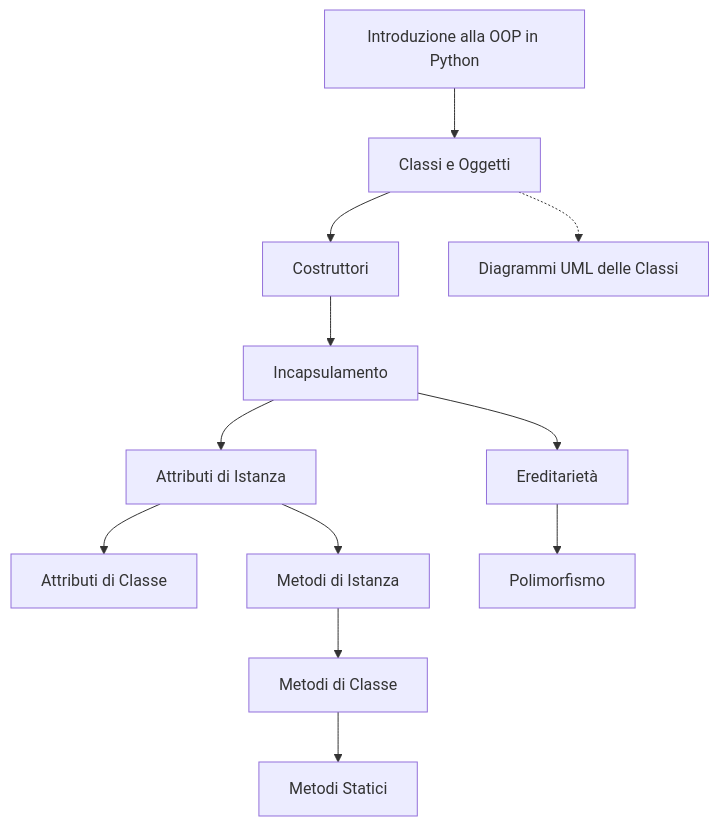
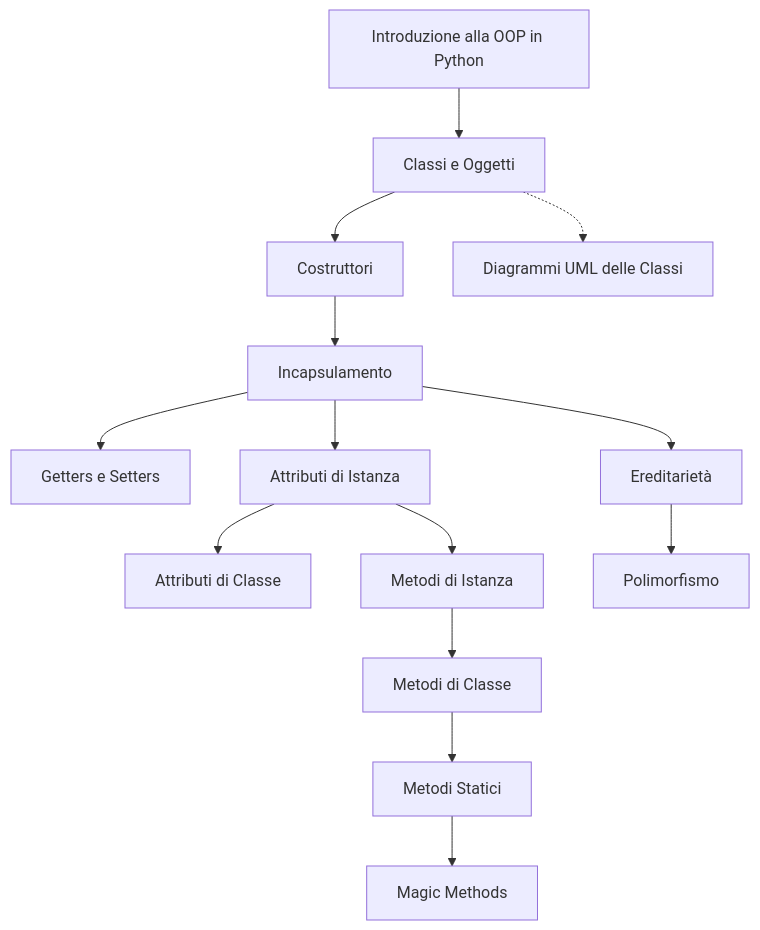
One commit to angelogalantiscuola/IT changed the diagram in oop/percorso_oop.md. Above: the diagram before and after it, drawn with Mermaid. The commit also changed 4 other files, not shown here.

````diff
--- a/oop/percorso_oop.md
+++ b/oop/percorso_oop.md
@@ -3,14 +3,17 @@
 ```mermaid
 graph TD
     A[Introduzione alla OOP in Python] --> B[Classi e Oggetti]
     B --> E[Costruttori]
     E --> F[Incapsulamento]
+    F --> M[Getters e Setters]
     F --> C[Attributi di Istanza]
     C --> I[Attributi di Classe]
     C --> D[Metodi di Istanza]
     D --> J[Metodi di Classe]
     J --> L[Metodi Statici]
+    L --> N[Magic Methods]
     F --> G[Ereditarietà]
     G --> H[Polimorfismo]
     B -.-> K[Diagrammi UML delle Classi]
+
 ```
````
